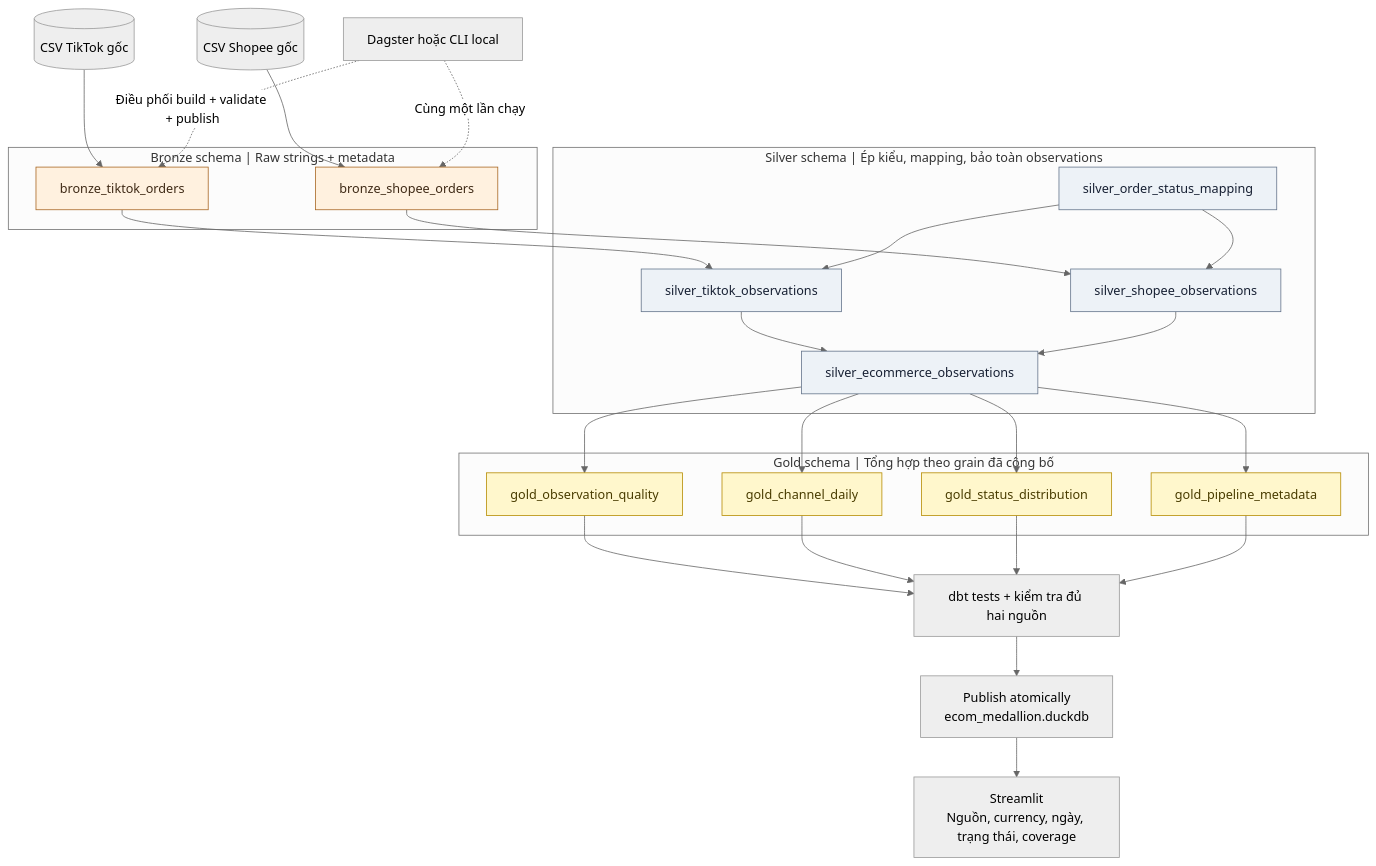
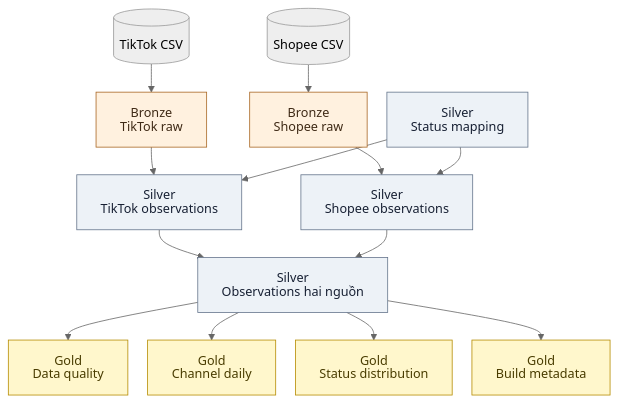
One commit to PhucTruong11/TikTok_orders_pipeline changed the first of 2 diagrams in README.md. Above: the diagram before and after it, drawn with Mermaid (neutral theme). The commit also changed other lines of this file and 2 other files, not shown here.

Commit message:
docs: fix clipped Mermaid labels and simplify pipeline diagrams

````diff
--- a/README.md
+++ b/README.md
@@ -9,46 +9,40 @@
 ```mermaid
+---
+config:
+  htmlLabels: false
+  flowchart:
+    htmlLabels: false
+    nodeSpacing: 25
+    rankSpacing: 35
+---
 flowchart TB
-    TT[("CSV TikTok gốc")]
-    SP[("CSV Shopee gốc")]
-    subgraph B["Bronze schema | Raw strings + metadata"]
-        BT["bronze_tiktok_orders"]
-        BS["bronze_shopee_orders"]
-    end
-    subgraph S["Silver schema | Ép kiểu, mapping, bảo toàn observations"]
-        ST["silver_tiktok_observations"]
-        SS["silver_shopee_observations"]
-        MAP["silver_order_status_mapping"]
-        UNION["silver_ecommerce_observations"]
-    end
-    subgraph G["Gold schema | Tổng hợp theo grain đã công bố"]
-        Q["gold_observation_quality"]
-        D["gold_channel_daily"]
-        STATUS["gold_status_distribution"]
-        META["gold_pipeline_metadata"]
-    end
+    TT[("TikTok CSV")]
+    SP[("Shopee CSV")]
+    BT["Bronze<br/>TikTok raw"]
+    BS["Bronze<br/>Shopee raw"]
+    ST["Silver<br/>TikTok observations"]
+    SS["Silver<br/>Shopee observations"]
+    MAP["Silver<br/>Status mapping"]
+    UNION["Silver<br/>Observations hai nguồn"]
+    Q["Gold<br/>Data quality"]
+    D["Gold<br/>Channel daily"]
+    STATUS["Gold<br/>Status distribution"]
+    META["Gold<br/>Build metadata"]
     TT --> BT --> ST
     SP --> BS --> SS
     MAP --> ST
     MAP --> SS
     ST --> UNION
     SS --> UNION
     UNION --> Q
     UNION --> D
     UNION --> STATUS
     UNION --> META
-    Q --> VERIFY["dbt tests + kiểm tra đủ hai nguồn"]
-    D --> VERIFY
-    STATUS --> VERIFY
-    META --> VERIFY
-    VERIFY --> PUBLISH["Publish atomically<br/>ecom_medallion.duckdb"]
-    PUBLISH --> UI["Streamlit<br/>Nguồn, currency, ngày, trạng thái, coverage"]
-    DAGSTER["Dagster hoặc CLI local"] -.->|"Điều phối build + validate + publish"| BT
-    DAGSTER -.->|"Cùng một lần chạy"| BS
 
     classDef bronze fill:#fff1df,stroke:#a86622,color:#3f2a16;
     classDef silver fill:#edf2f7,stroke:#64748b,color:#172033;
     classDef gold fill:#fff7cc,stroke:#b58b00,color:#493c00;
     class BT,BS bronze;
     class ST,SS,UNION,MAP silver;
     class Q,D,STATUS,META gold;
 ```
````
